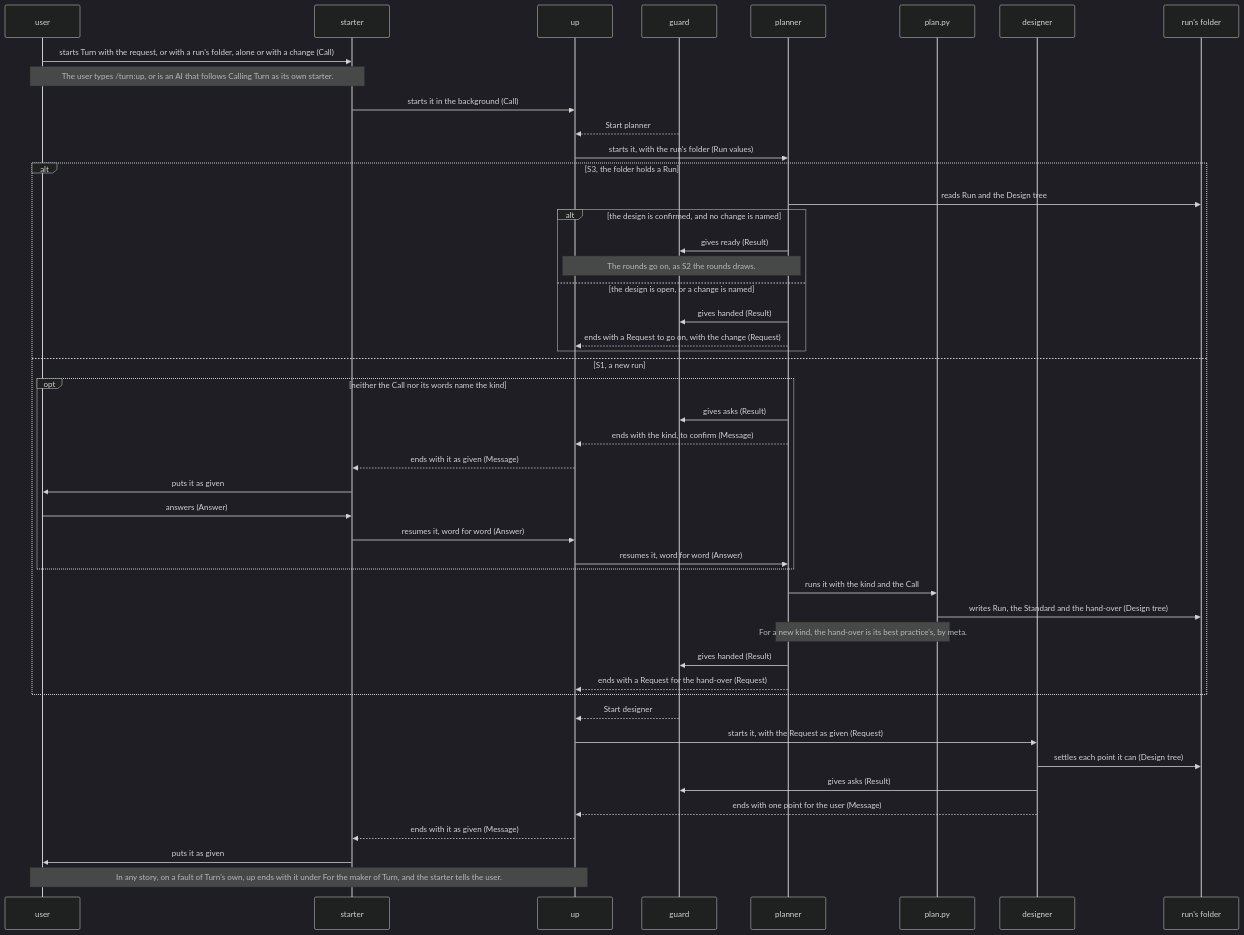
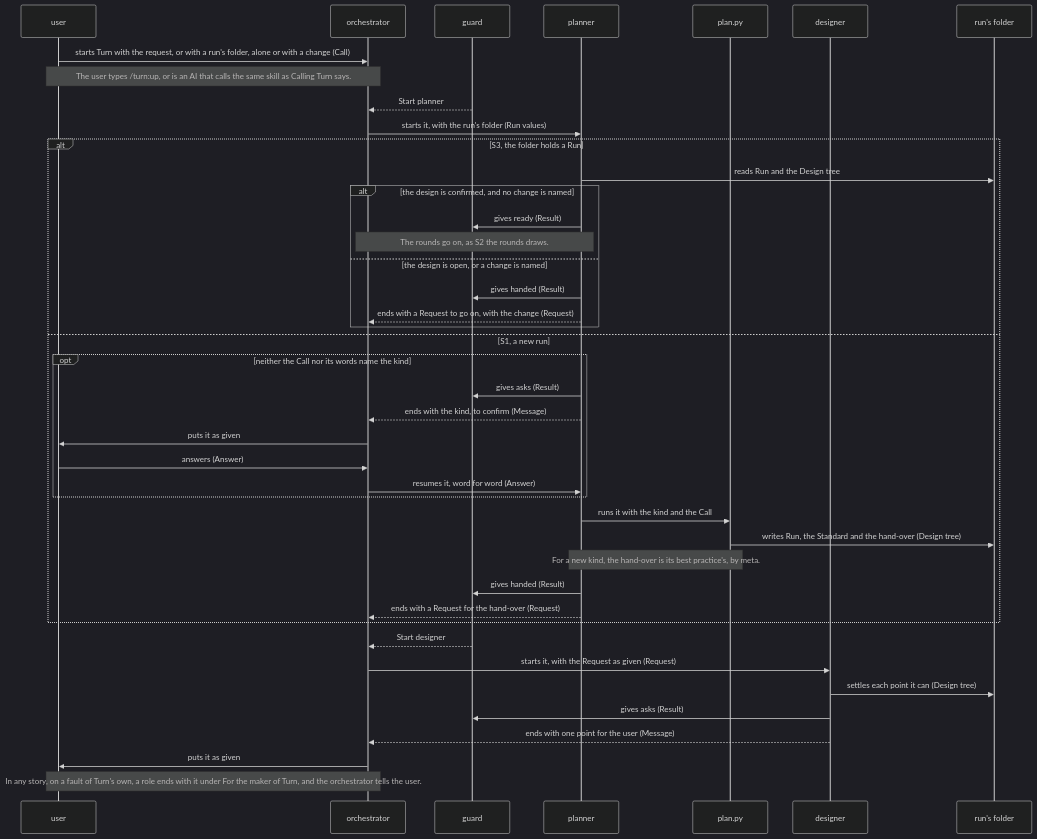
The first of 3 diagrams in dev/turn/architecture.md (lovaizu/ccpm), drawn with Mermaid (dark theme) before and after one commit. The commit also changed other lines of this file and 11 other files, not shown here.

````diff
--- a/dev/turn/architecture.md
+++ b/dev/turn/architecture.md
@@ -226,49 +199,44 @@
 ```mermaid
 sequenceDiagram
   participant R as user
-  participant ST as starter
-  participant U as up
+  participant O as orchestrator
   participant G as guard
   participant PL as planner
   participant PS as plan.py
   participant PN as designer
   participant F as run's folder
-  R->>ST: starts Turn with the request, or with a run's folder, alone or with a change (Call)
-  Note over R,ST: The user types /turn:up, or is an AI that follows Calling Turn as its own starter.
-  ST->>U: starts it in the background (Call)
-  G-->>U: Start planner
-  U->>PL: starts it, with the run's folder (Run values)
+  R->>O: starts Turn with the request, or with a run's folder, alone or with a change (Call)
+  Note over R,O: The user types /turn:up, or is an AI that calls the same skill as Calling Turn says.
+  G-->>O: Start planner
+  O->>PL: starts it, with the run's folder (Run values)
   alt S3, the folder holds a Run
     PL->>F: reads Run and the Design tree
     alt the design is confirmed, and no change is named
       PL->>G: gives ready (Result)
-      Note over U,PL: The rounds go on, as S2 the rounds draws.
+      Note over O,PL: The rounds go on, as S2 the rounds draws.
     else the design is open, or a change is named
       PL->>G: gives handed (Result)
-      PL-->>U: ends with a Request to go on, with the change (Request)
+      PL-->>O: ends with a Request to go on, with the change (Request)
     end
   else S1, a new run
     opt neither the Call nor its words name the kind
       PL->>G: gives asks (Result)
-      PL-->>U: ends with the kind, to confirm (Message)
-      U-->>ST: ends with it as given (Message)
-      ST->>R: puts it as given
-      R->>ST: answers (Answer)
-      ST->>U: resumes it, word for word (Answer)
-      U->>PL: resumes it, word for word (Answer)
+      PL-->>O: ends with the kind, to confirm (Message)
+      O->>R: puts it as given
+      R->>O: answers (Answer)
+      O->>PL: resumes it, word for word (Answer)
     end
     PL->>PS: runs it with the kind and the Call
     PS->>F: writes Run, the Standard and the hand-over (Design tree)
     Note over PL,PS: For a new kind, the hand-over is its best practice's, by meta.
     PL->>G: gives handed (Result)
-    PL-->>U: ends with a Request for the hand-over (Request)
+    PL-->>O: ends with a Request for the hand-over (Request)
   end
-  G-->>U: Start designer
-  U->>PN: starts it, with the Request as given (Request)
+  G-->>O: Start designer
+  O->>PN: starts it, with the Request as given (Request)
   PN->>F: settles each point it can (Design tree)
   PN->>G: gives asks (Result)
-  PN-->>U: ends with one point for the user (Message)
-  U-->>ST: ends with it as given (Message)
-  ST->>R: puts it as given
-  Note over R,U: In any story, on a fault of Turn's own, up ends with it under For the maker of Turn, and the starter tells the user.
+  PN-->>O: ends with one point for the user (Message)
+  O->>R: puts it as given
+  Note over R,O: In any story, on a fault of Turn's own, a role ends with it under For the maker of Turn, and the orchestrator tells the user.
 ```
````
